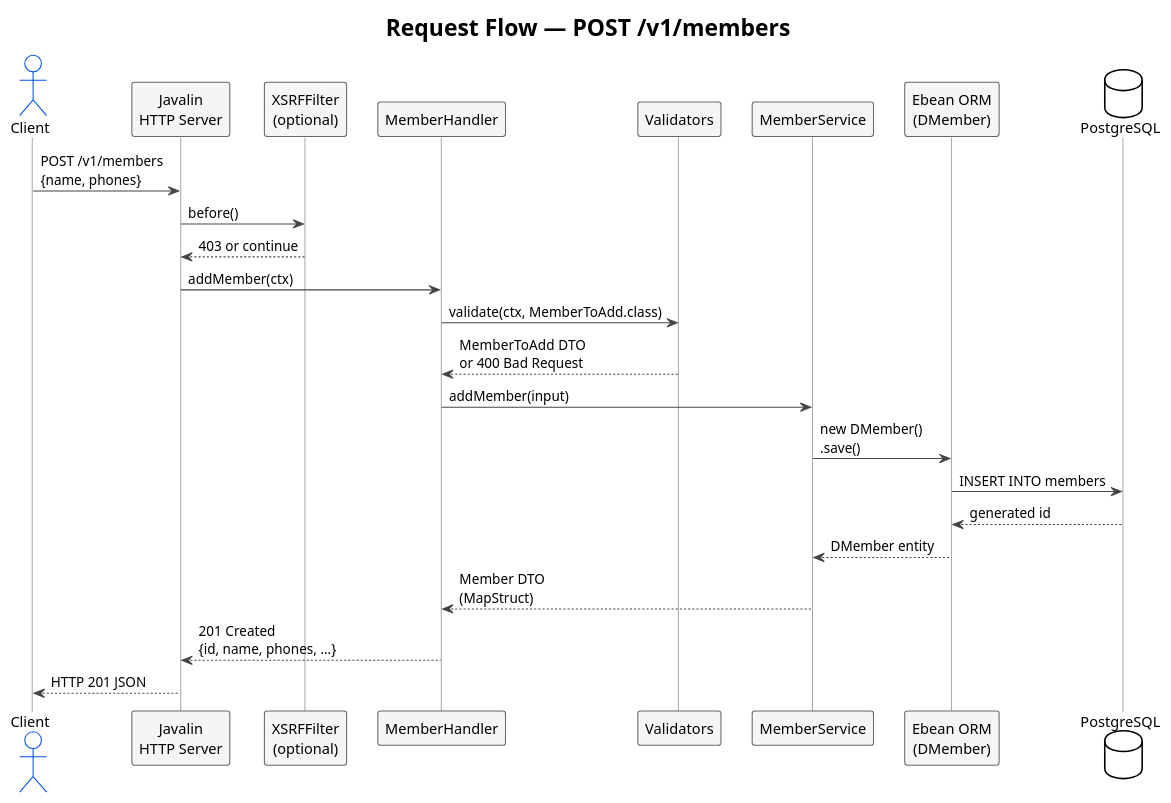
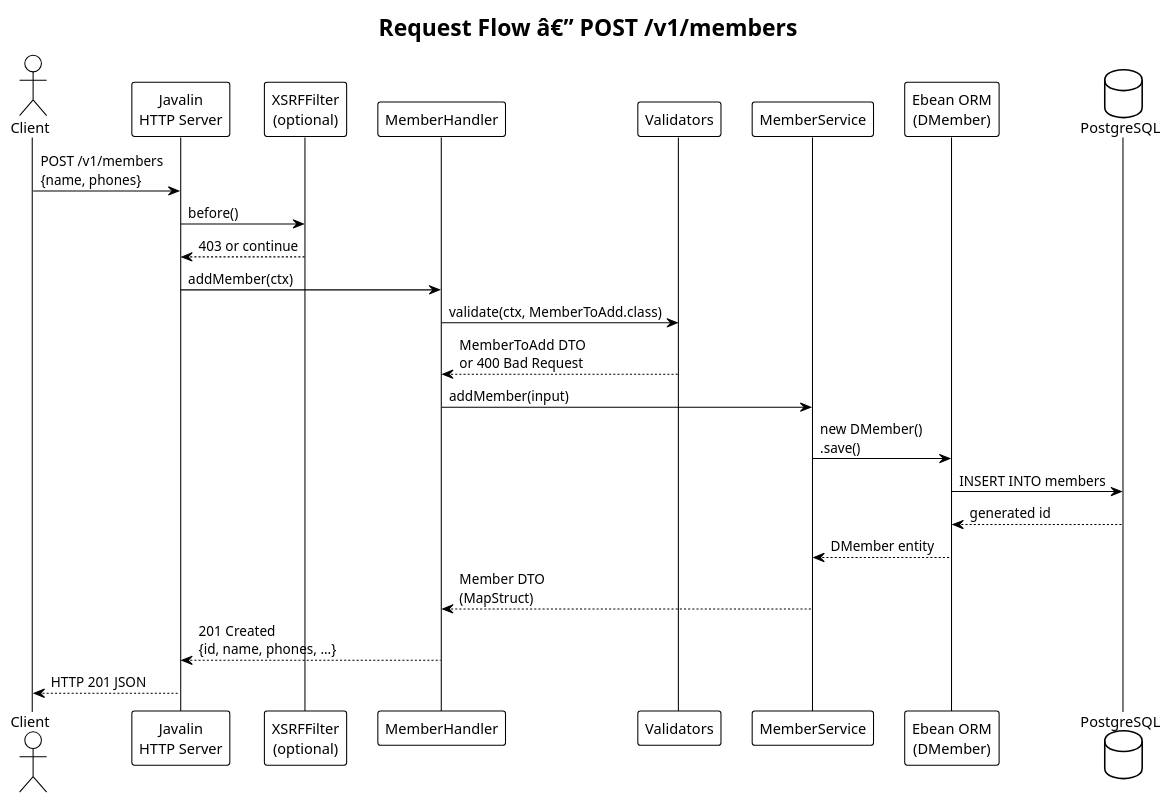
Before and after one commit to batzorigt/rest-api-template: the third of 5 diagrams in docs/architecture.md, drawn with PlantUML. The commit also changed other lines of this file and 4 other files, not shown here.

````diff
--- a/docs/architecture.md
+++ b/docs/architecture.md
@@ -247,39 +93,32 @@
 ```plantuml
 @startuml RequestFlow
 !theme plain
-title Request Flow — POST /v1/members
+title Request Flow â€” POST /v1/members
 
-skinparam sequence {
-  ArrowColor #444444
-  ActorBorderColor #0050ef
-  LifeLineBorderColor #aaaaaa
-  ParticipantBackgroundColor #f5f5f5
-  ParticipantBorderColor #666666
-}
 
 actor "Client" as client
 participant "Javalin\nHTTP Server" as server
 participant "XSRFFilter\n(optional)" as xsrf
 participant "MemberHandler" as handler
 participant "Validators" as validator
 participant "MemberService" as service
 participant "Ebean ORM\n(DMember)" as orm
 database "PostgreSQL" as db
 
 client -> server : POST /v1/members\n{name, phones}
 server -> xsrf : before()
 xsrf --> server : 403 or continue
 server -> handler : addMember(ctx)
 handler -> validator : validate(ctx, MemberToAdd.class)
 validator --> handler : MemberToAdd DTO\nor 400 Bad Request
 handler -> service : addMember(input)
 service -> orm : new DMember()\n.save()
 orm -> db : INSERT INTO members
 db --> orm : generated id
 orm --> service : DMember entity
 service --> handler : Member DTO\n(MapStruct)
 handler --> server : 201 Created\n{id, name, phones, ...}
 server --> client : HTTP 201 JSON
 
 @enduml
 ```
````
